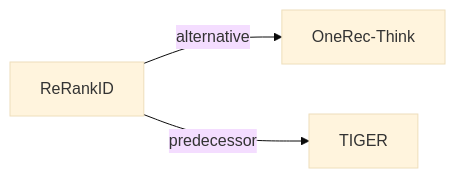
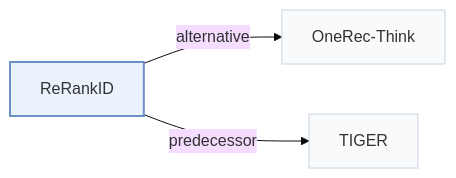
Before and after one commit to Galaxy-ghost/Awesome-SID-Generative-Rec: the second of 2 diagrams in pages/papers/rerankid.md, drawn with Mermaid (base theme). The commit also changed other lines of this file and 649 other files, not shown here.

Commit message:
writer-05: also tags and modality index (schema, check, build, visuals); summary field removed; calibration data for 12 papers

````diff
--- a/pages/papers/rerankid.md
+++ b/pages/papers/rerankid.md
@@ -66,6 +72,10 @@
 ```mermaid
 flowchart LR
     P["ReRankID"]
-    P -->|alternative| A["OneRec-Think"]
-    P -->|predecessor| B["TIGER"]
+    P -->|"alternative"| A["OneRec-Think"]
+    P -->|"predecessor"| B["TIGER"]
+    classDef main fill:#eaf2fb,stroke:#6b8fc7,stroke-width:2px
+    classDef peer fill:#f8fafc,stroke:#cbd5e1
+    class P main
+    class A,B peer
 ```
````
